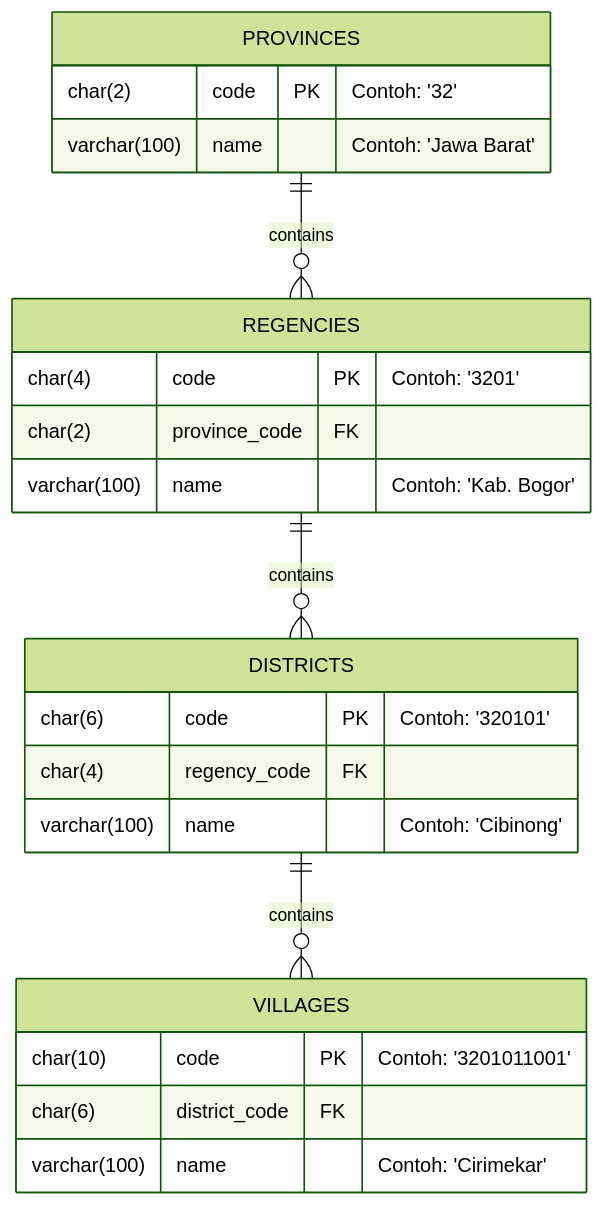
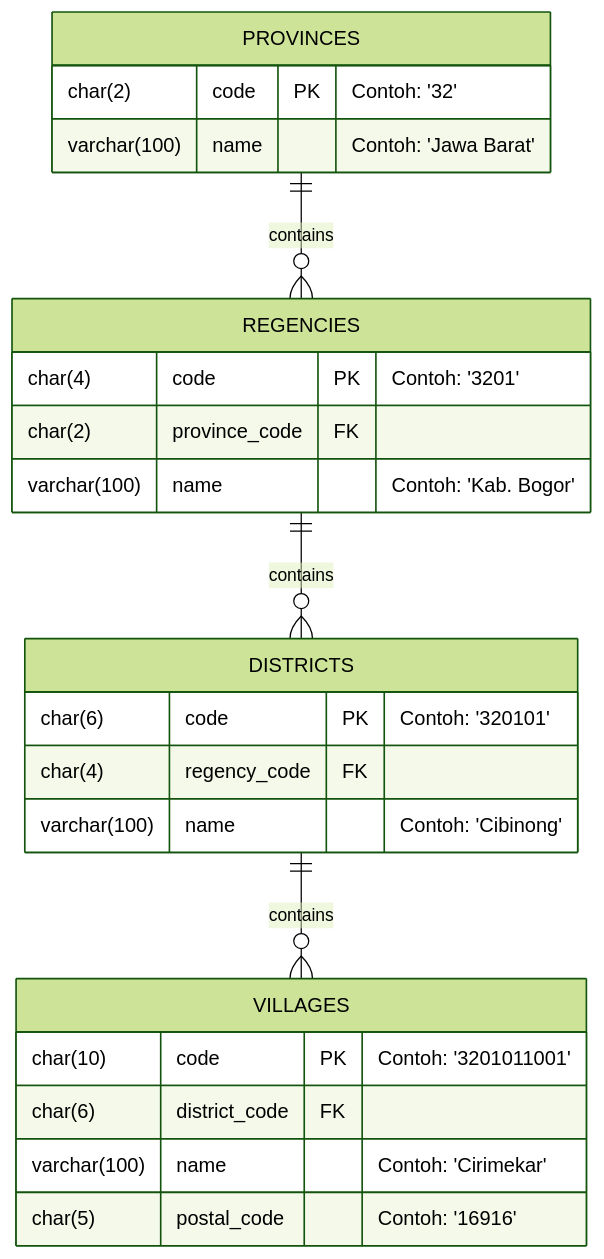
The diagram in README.md (danikz/valtera-indonesia-regions), drawn with Mermaid (forest theme) before and after one commit. The commit also changed other lines of this file and 7281 other files, not shown here.

````diff
--- a/README.md
+++ b/README.md
@@ -105,26 +105,27 @@
 ```mermaid
 erDiagram
     PROVINCES ||--o{ REGENCIES : contains
     REGENCIES ||--o{ DISTRICTS : contains
     DISTRICTS ||--o{ VILLAGES : contains
 
     PROVINCES {
         char(2) code PK "Contoh: '32'"
         varchar(100) name "Contoh: 'Jawa Barat'"
     }
     REGENCIES {
         char(4) code PK "Contoh: '3201'"
         char(2) province_code FK
         varchar(100) name "Contoh: 'Kab. Bogor'"
     }
     DISTRICTS {
         char(6) code PK "Contoh: '320101'"
         char(4) regency_code FK
         varchar(100) name "Contoh: 'Cibinong'"
     }
     VILLAGES {
         char(10) code PK "Contoh: '3201011001'"
         char(6) district_code FK
         varchar(100) name "Contoh: 'Cirimekar'"
+        char(5) postal_code "Contoh: '16916'"
     }
 ```
````
